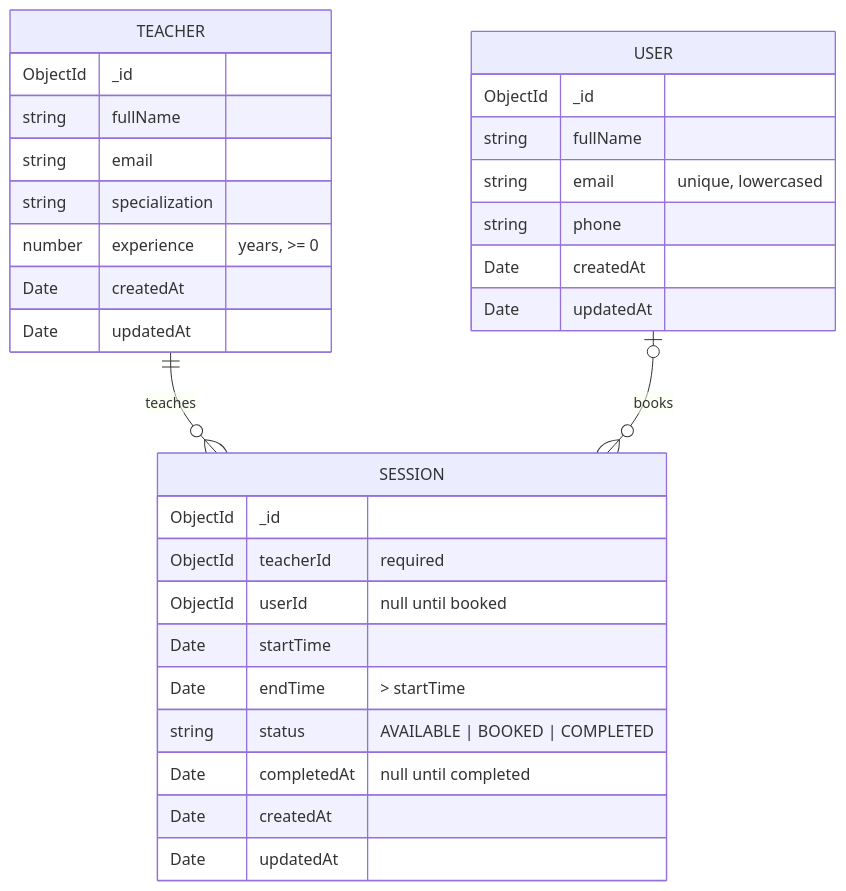
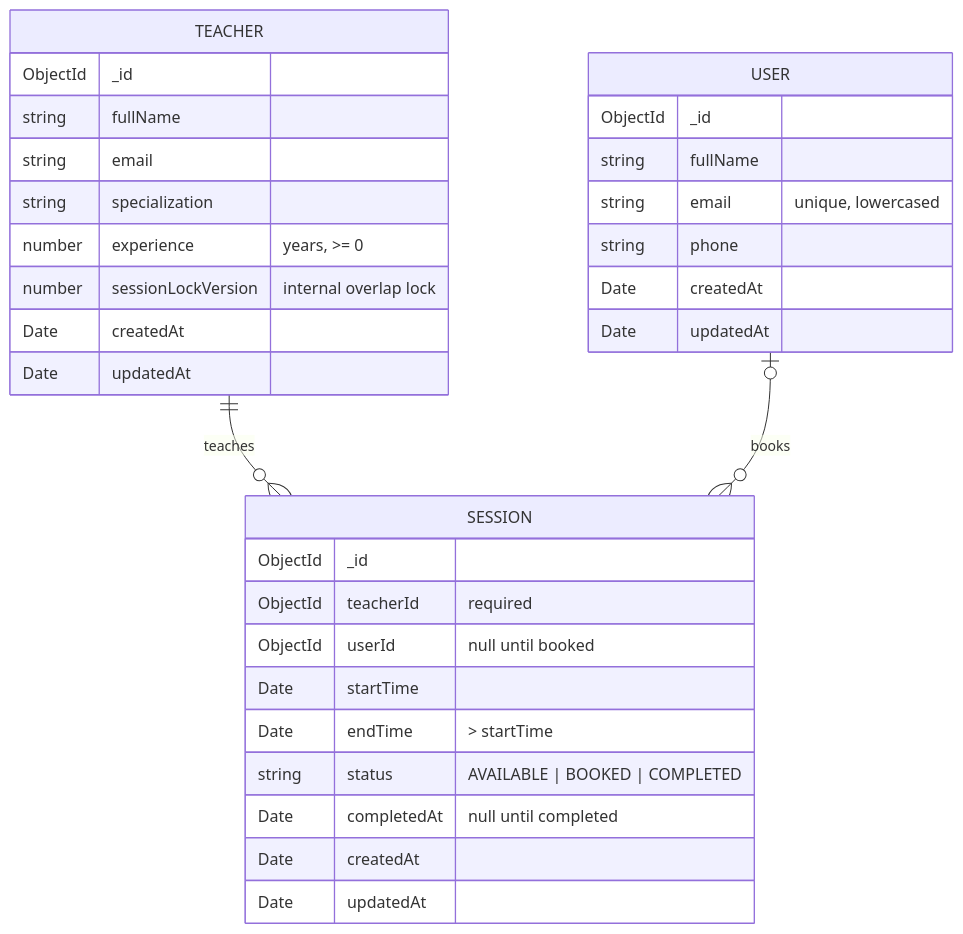
One commit to Shailesh-Kala/englishyaari-assessment changed the third of 3 diagrams in docs/ARCHITECTURE.md. Above: the diagram before and after it, drawn with Mermaid. The commit also changed other lines of this file and 2 other files, not shown here.

Commit message:
docs: log D-023 lock field and D-024 startup indexes

````diff
--- a/docs/ARCHITECTURE.md
+++ b/docs/ARCHITECTURE.md
@@ -69,33 +69,34 @@
 ```mermaid
 erDiagram
     TEACHER ||--o{ SESSION : "teaches"
     USER |o--o{ SESSION : "books"
     USER {
         ObjectId _id
         string fullName
         string email "unique, lowercased"
         string phone
         Date createdAt
         Date updatedAt
     }
     TEACHER {
         ObjectId _id
         string fullName
         string email
         string specialization
         number experience "years, >= 0"
+        number sessionLockVersion "internal overlap lock"
         Date createdAt
         Date updatedAt
     }
     SESSION {
         ObjectId _id
         ObjectId teacherId "required"
         ObjectId userId "null until booked"
         Date startTime
         Date endTime "> startTime"
         string status "AVAILABLE | BOOKED | COMPLETED"
         Date completedAt "null until completed"
         Date createdAt
         Date updatedAt
     }
 ```
````
